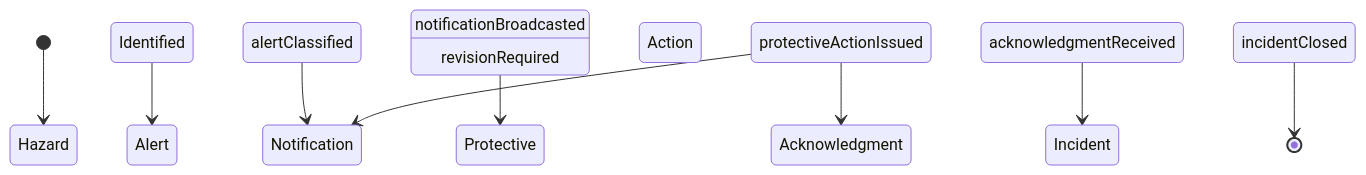
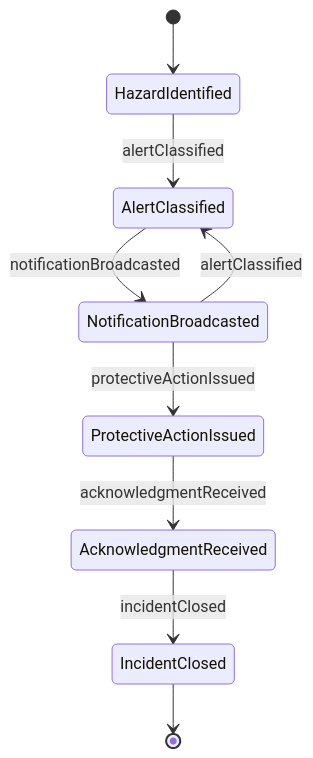
The second of 4 diagrams in CommunicatingWithSupervisorsPeersOrSubordinates/NotifyOthersOfEmergenciesOrProblems/NotifyOthersEmergenciesProblemsHazards.mdx (dot-org-ai/tasks.org.ai), drawn with Mermaid before and after one commit. The commit also changed other lines of this file and 515 other files, not shown here.

````diff
--- a/CommunicatingWithSupervisorsPeersOrSubordinates/NotifyOthersOfEmergenciesOrProblems/NotifyOthersEmergenciesProblemsHazards.mdx
+++ b/CommunicatingWithSupervisorsPeersOrSubordinates/NotifyOthersOfEmergenciesOrProblems/NotifyOthersEmergenciesProblemsHazards.mdx
@@ -96,11 +96,11 @@
 ```mermaid
 stateDiagram-v2
-    [*] --> Hazard Identified
-    Hazard Identified --> Alert Classified : alertClassified
-    Alert Classified --> Notification Broadcasted : notificationBroadcasted
-    Notification Broadcasted --> Protective Action Issued : protectiveActionIssued
-    Protective Action Issued --> Acknowledgment Received : acknowledgmentReceived
-    Acknowledgment Received --> Incident Closed : incidentClosed
-    Protective Action Issued --> Notification Broadcasted : revisionRequired
-    Incident Closed --> [*]
+    [*] --> HazardIdentified
+    HazardIdentified --> AlertClassified : alertClassified
+    AlertClassified --> NotificationBroadcasted : notificationBroadcasted
+    NotificationBroadcasted --> ProtectiveActionIssued : protectiveActionIssued
+    ProtectiveActionIssued --> AcknowledgmentReceived : acknowledgmentReceived
+    AcknowledgmentReceived --> IncidentClosed : incidentClosed
+    NotificationBroadcasted --> AlertClassified : alertClassified
+    IncidentClosed --> [*]
 ```
````
